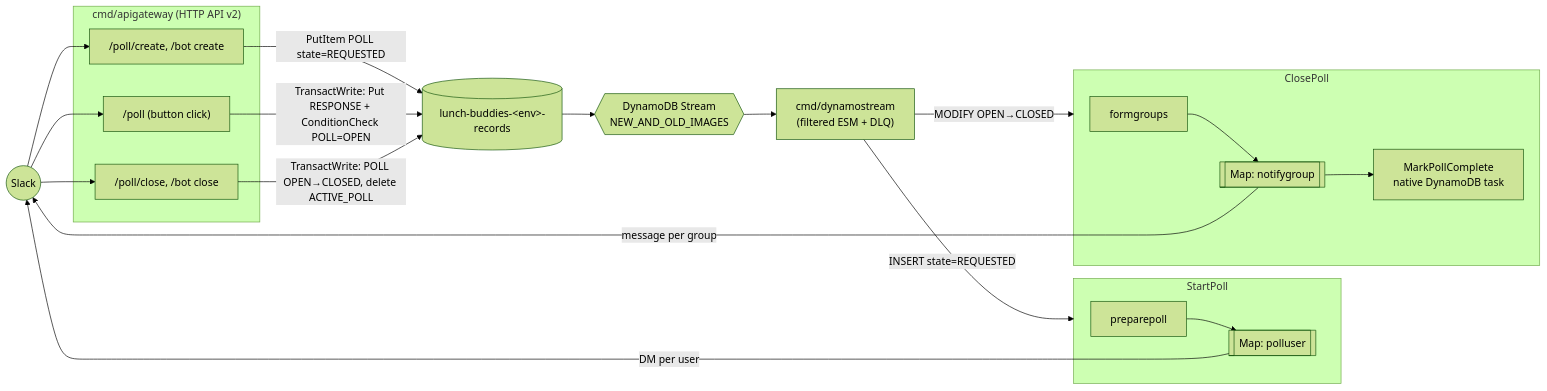
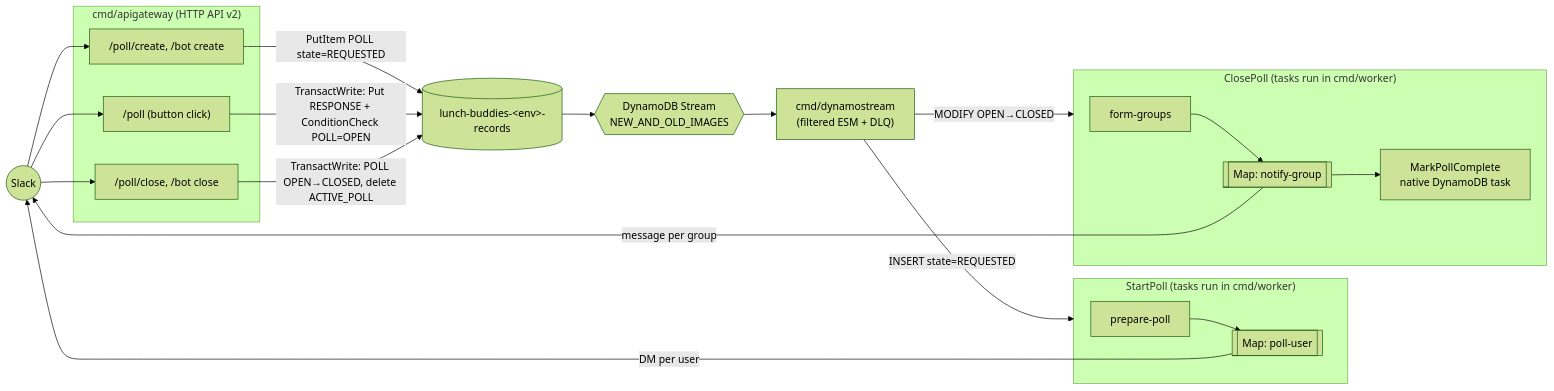
One commit to qsweber/lunch-buddies changed the diagram in docs/design/event-driven-single-table.md. Above: the diagram before and after it, drawn with Mermaid (forest theme). The commit also changed other lines of this file and 28 other files, not shown here.

First line of the commit message:
Consolidate Step Functions tasks into one worker Lambda; remove invoicing and Stripe

````diff
--- a/docs/design/event-driven-single-table.md
+++ b/docs/design/event-driven-single-table.md
@@ -45,28 +47,28 @@
 ```mermaid
 flowchart LR
     Slack((Slack))
     subgraph API["cmd/apigateway (HTTP API v2)"]
       create["/poll/create, /bot create"]
       respond["/poll (button click)"]
       close["/poll/close, /bot close"]
     end
     DDB[(lunch-buddies-&lt;env&gt;-records)]
     Stream{{DynamoDB Stream<br/>NEW_AND_OLD_IMAGES}}
     Router["cmd/dynamostream<br/>(filtered ESM + DLQ)"]
-    subgraph SFN1["StartPoll"]
-      v[preparepoll] --> m1[[Map: polluser]]
+    subgraph SFN1["StartPoll (tasks run in cmd/worker)"]
+      v[prepare-poll] --> m1[[Map: poll-user]]
     end
-    subgraph SFN2["ClosePoll"]
-      g[formgroups] --> m2[[Map: notifygroup]] --> done[MarkPollComplete<br/>native DynamoDB task]
+    subgraph SFN2["ClosePoll (tasks run in cmd/worker)"]
+      g[form-groups] --> m2[[Map: notify-group]] --> done[MarkPollComplete<br/>native DynamoDB task]
     end
 
     Slack --> create & respond & close
     create -- "PutItem POLL state=REQUESTED" --> DDB
     respond -- "TransactWrite: Put RESPONSE + ConditionCheck POLL=OPEN" --> DDB
     close -- "TransactWrite: POLL OPEN→CLOSED, delete ACTIVE_POLL" --> DDB
     DDB --> Stream --> Router
     Router -- "INSERT state=REQUESTED" --> SFN1
     Router -- "MODIFY OPEN→CLOSED" --> SFN2
     m1 -- "DM per user" --> Slack
     m2 -- "message per group" --> Slack
 ```
````
